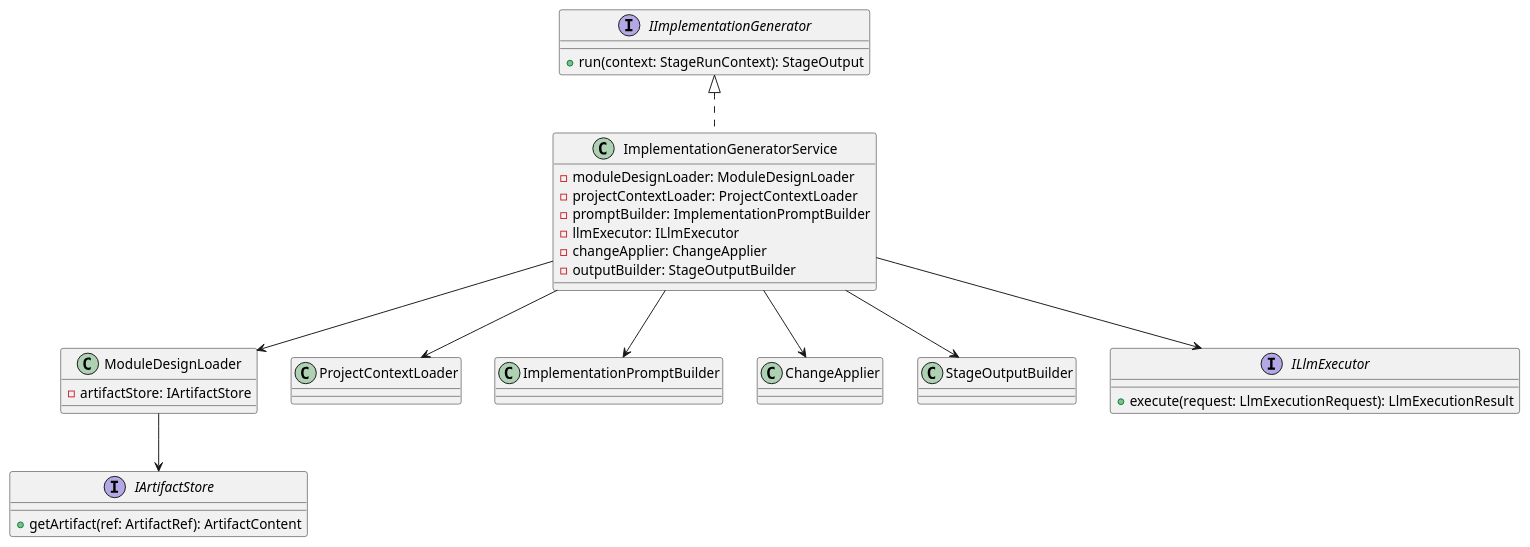
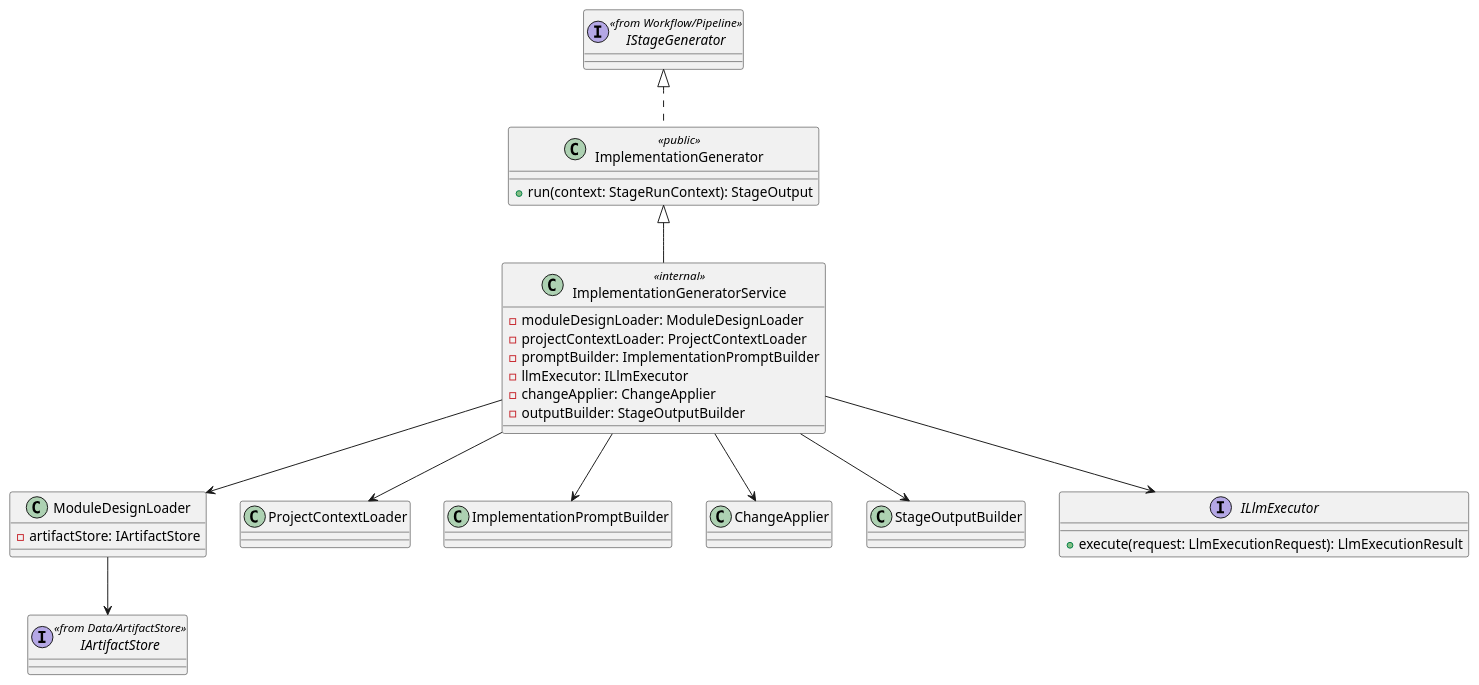
Before and after one commit to lucky-chen/ai_workflow_travel: the first of 2 diagrams in meta_layer/docs/design_docs/Execution/ImplementationGenerator.md, drawn with PlantUML. The commit also changed other lines of this file and 18 other files, not shown here.

````diff
--- a/meta_layer/docs/design_docs/Execution/ImplementationGenerator.md
+++ b/meta_layer/docs/design_docs/Execution/ImplementationGenerator.md
@@ -37,42 +37,43 @@
 ```plantuml
 @startuml
-interface IImplementationGenerator {
+interface IStageGenerator <<from Workflow/Pipeline>>
+
+class ImplementationGenerator <<public>> {
   +run(context: StageRunContext): StageOutput
 }
 
-class ImplementationGeneratorService {
+class ImplementationGeneratorService <<internal>> {
   -moduleDesignLoader: ModuleDesignLoader
   -projectContextLoader: ProjectContextLoader
   -promptBuilder: ImplementationPromptBuilder
   -llmExecutor: ILlmExecutor
   -changeApplier: ChangeApplier
   -outputBuilder: StageOutputBuilder
 }
 
 class ModuleDesignLoader {
   -artifactStore: IArtifactStore
 }
 
 class ProjectContextLoader
 class ImplementationPromptBuilder
 class ChangeApplier
 class StageOutputBuilder
 
 interface ILlmExecutor {
   +execute(request: LlmExecutionRequest): LlmExecutionResult
 }
 
-interface IArtifactStore {
-  +getArtifact(ref: ArtifactRef): ArtifactContent
-}
+interface IArtifactStore <<from Data/ArtifactStore>>
 
-IImplementationGenerator <|.. ImplementationGeneratorService
+IStageGenerator <|.. ImplementationGenerator
+ImplementationGenerator <|-- ImplementationGeneratorService
 ImplementationGeneratorService --> ModuleDesignLoader
 ImplementationGeneratorService --> ProjectContextLoader
 ImplementationGeneratorService --> ImplementationPromptBuilder
 ImplementationGeneratorService --> ILlmExecutor
 ImplementationGeneratorService --> ChangeApplier
 ImplementationGeneratorService --> StageOutputBuilder
 ModuleDesignLoader --> IArtifactStore
 @enduml
 ```
````
